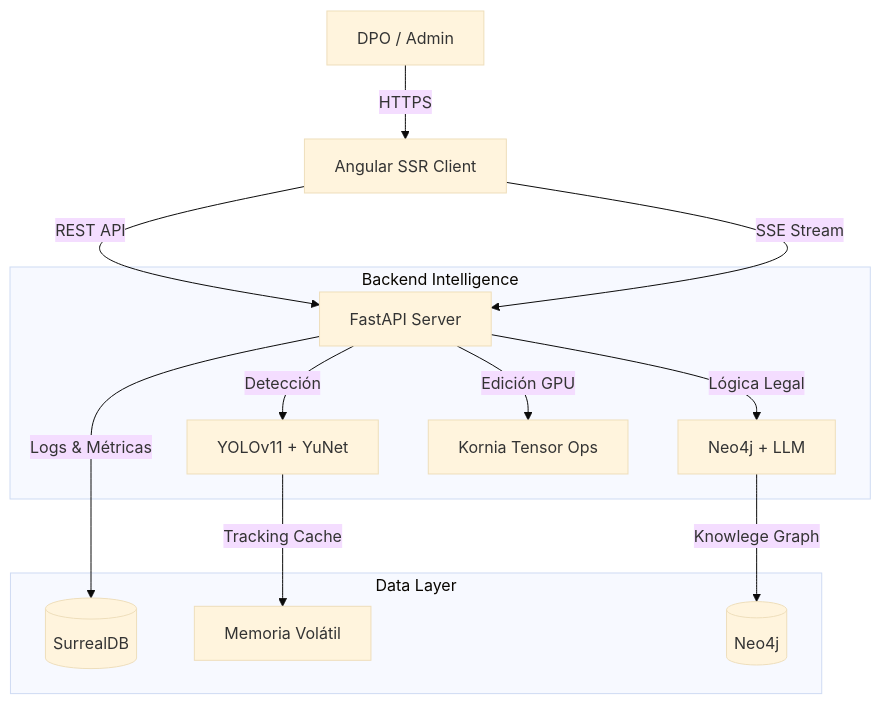
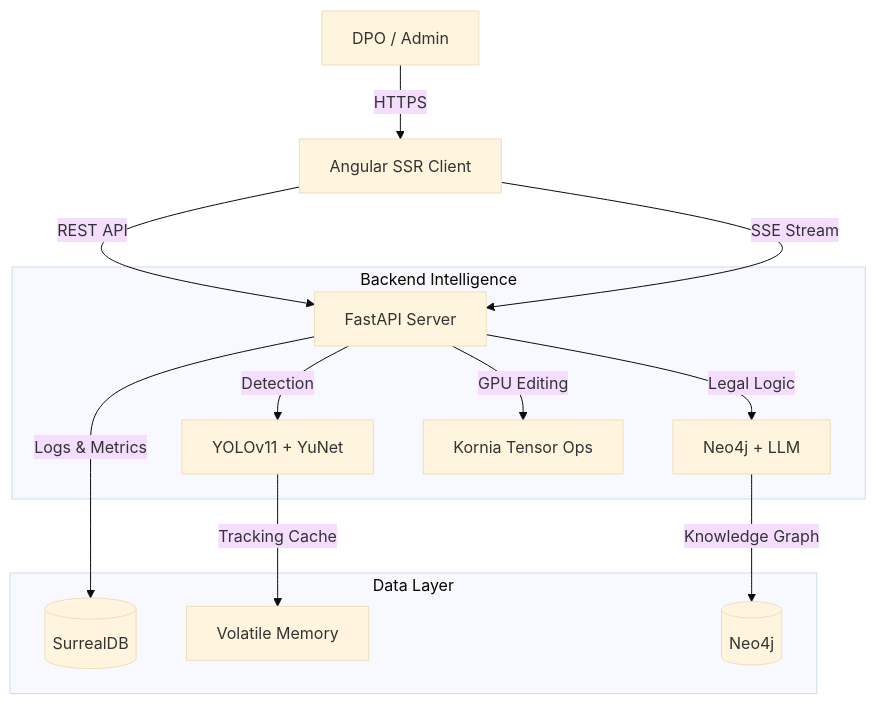
The diagram in README.md (GabrielJuan349/OccultaShield), drawn with Mermaid (base theme) before and after one commit. The commit also changed other lines of this file and 17 other files, not shown here.

````diff
--- a/README.md
+++ b/README.md
@@ -32,18 +49,18 @@
 ```mermaid
 graph TD
     User[DPO / Admin] -->|HTTPS| Frontend[Angular SSR Client]
     Frontend -->|REST API| Backend[FastAPI Server]
     Frontend -->|SSE Stream| Backend
     
     subgraph "Backend Intelligence"
-        Backend -->|Detección| Detection[YOLOv11 + YuNet]
-        Backend -->|Lógica Legal| GraphRAG[Neo4j + LLM]
-        Backend -->|Edición GPU| Kornia[Kornia Tensor Ops]
+        Backend -->|Detection| Detection[YOLOv11 + YuNet]
+        Backend -->|Legal Logic| GraphRAG[Neo4j + LLM]
+        Backend -->|GPU Editing| Kornia[Kornia Tensor Ops]
     end
     
     subgraph "Data Layer"
-        Backend -->|Logs & Métricas| SurrealDB[(SurrealDB)]
-        Detection -->|Tracking Cache| Redis[Memoria Volátil]
-        GraphRAG -->|Knowlege Graph| Neo4j[(Neo4j)]
+        Backend -->|Logs & Metrics| SurrealDB[(SurrealDB)]
+        Detection -->|Tracking Cache| Redis[Volatile Memory]
+        GraphRAG -->|Knowledge Graph| Neo4j[(Neo4j)]
     end
 ```
````
